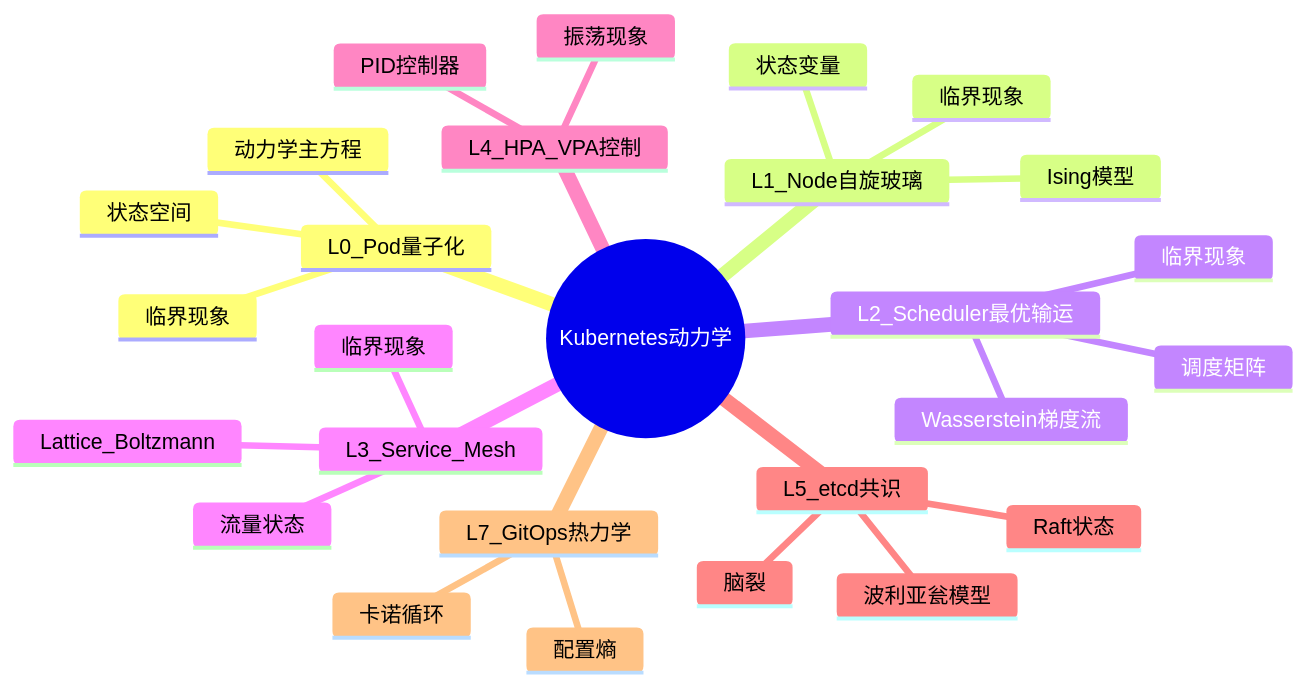
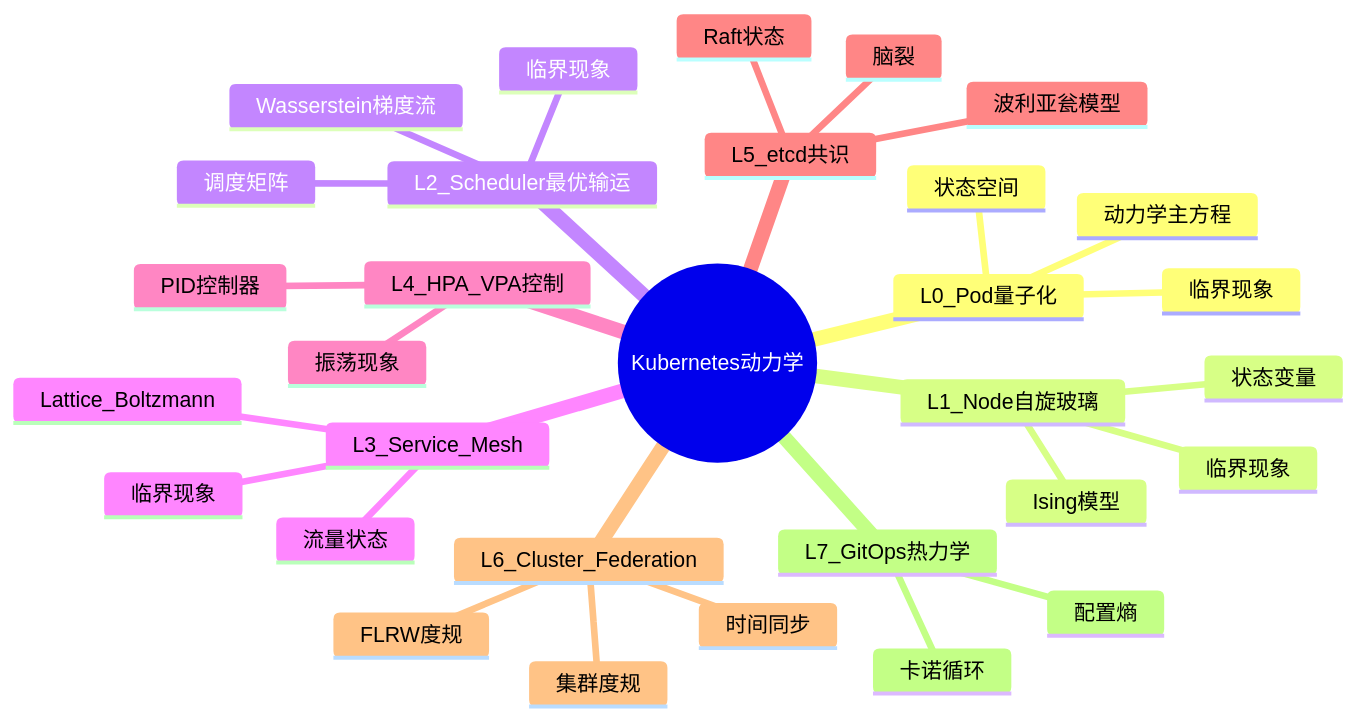
Before and after one commit to AdaMartin18010/FormalScience: the second of 9 diagrams in view/FormalScience/07_IT行业形式化应用/07.1_Kubernetes动力学.md, drawn with Mermaid. The commit also changed other lines of this file and 33 other files, not shown here.

````diff
--- a/view/FormalScience/07_IT行业形式化应用/07.1_Kubernetes动力学.md
+++ b/view/FormalScience/07_IT行业形式化应用/07.1_Kubernetes动力学.md
@@ -567,30 +918,34 @@
 ```mermaid
 mindmap
   root((Kubernetes动力学))
     L0_Pod量子化
       状态空间
       动力学主方程
       临界现象
     L1_Node自旋玻璃
       状态变量
       Ising模型
       临界现象
     L2_Scheduler最优输运
       调度矩阵
       Wasserstein梯度流
       临界现象
     L3_Service_Mesh
       流量状态
       Lattice_Boltzmann
       临界现象
     L4_HPA_VPA控制
       PID控制器
       振荡现象
     L5_etcd共识
       Raft状态
       波利亚瓮模型
       脑裂
+    L6_Cluster_Federation
+      集群度规
+      FLRW度规
+      时间同步
     L7_GitOps热力学
       配置熵
       卡诺循环
 ```
````
